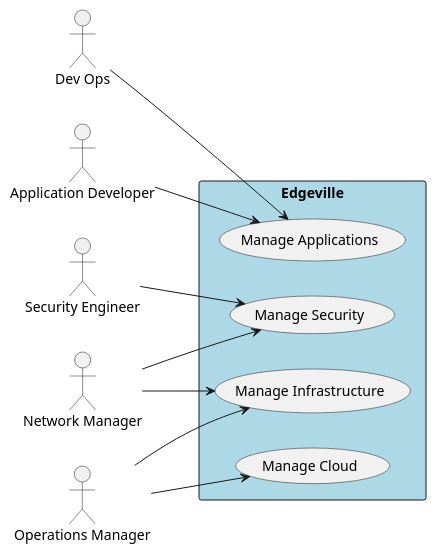
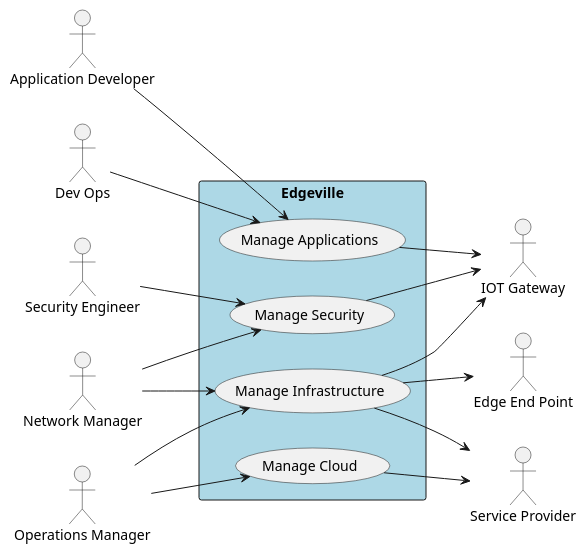
One commit to CAADE/edgeville changed the diagram in docs/UseCases/UseCases.puml. Above: the diagram before and after it, drawn with PlantUML. The commit also changed 319 other files, not shown here.

Commit message:
Fix Diagrams for TBD.

```diff
--- a/docs/UseCases/UseCases.puml
+++ b/docs/UseCases/UseCases.puml
@@ -1,26 +1,37 @@
 @startuml
 
 left to right direction
 
 :Application Developer: as Dev
 :Dev Ops: as DevOps
 :Network Manager: as network
 :Operations Manager: as ops
 :Security Engineer: as security
+
+:Edge End Point: as EEP
+:IOT Gateway: as IOTG
+:Service Provider: as SP
 
 rectangle "Edgeville"  #lightBlue {
     (Manage Applications) as MA
     (Manage Cloud) as MC
     (Manage Infrastructure) as MI
     (Manage Security) as MS
 }
 
 Dev --> MA
 DevOps --> MA
 network --> MI
 network --> MS
 ops --> MI
 ops --> MC
 security --> MS
+MI --> SP
+MC --> SP
+MI --> IOTG
+MI --> EEP
+MS --> IOTG
+MA --> IOTG
+
 
 @enduml
```
